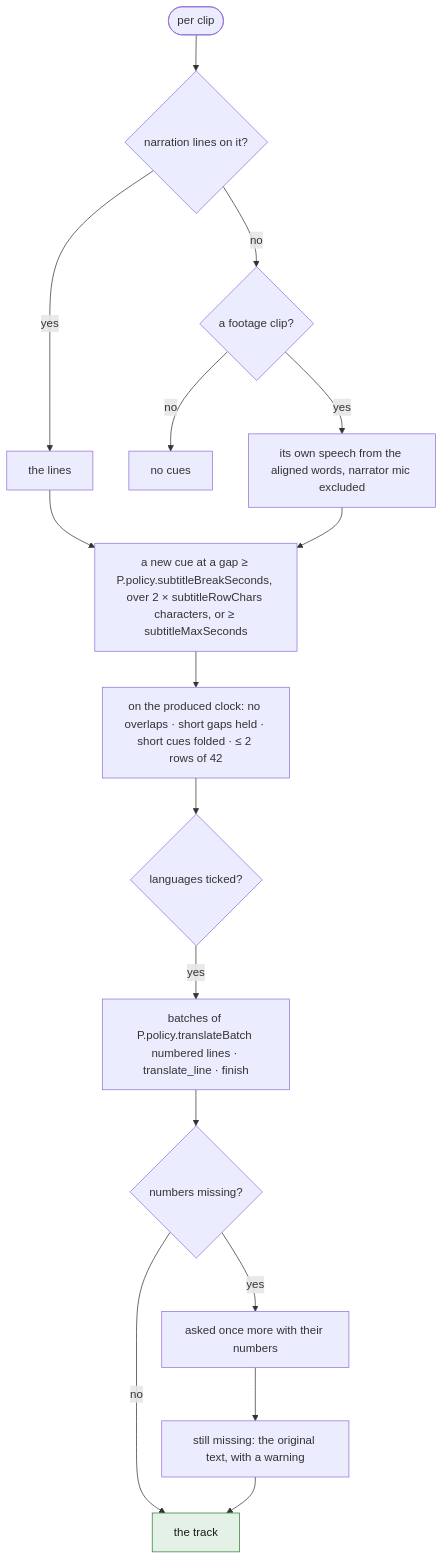
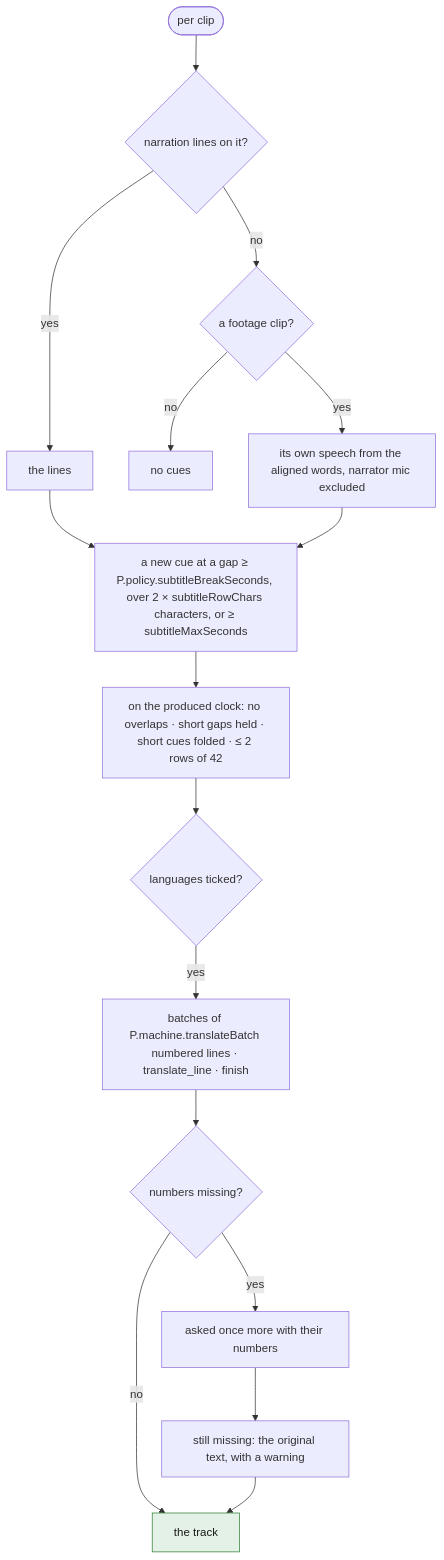
One commit to tbocek/naivepost changed the fourth of 6 diagrams in spec/08-produce.md. Above: the diagram before and after it, drawn with Mermaid. The commit also changed other lines of this file and 16 other files, not shown here.

````diff
--- a/spec/08-produce.md
+++ b/spec/08-produce.md
@@ -98,21 +98,21 @@
 ```mermaid
 flowchart TD
   A(["per clip"]) --> N{"narration lines on it?"}
   N -- yes --> NL["the lines"]
   N -- no --> F{"a footage clip?"}
   F -- no --> NONE["no cues"]
   F -- yes --> SW["its own speech from the aligned words, narrator mic excluded"]
   NL --> CUE
   SW --> CUE["a new cue at a gap ≥ P.policy.subtitleBreakSeconds, over 2 × subtitleRowChars characters, or ≥ subtitleMaxSeconds"]
   CUE --> CLK["on the produced clock: no overlaps · short gaps held · short cues folded · ≤ 2 rows of 42"]
   CLK --> TR{"languages ticked?"}
-  TR -- yes --> T["batches of P.policy.translateBatch numbered lines · translate_line · finish"]
+  TR -- yes --> T["batches of P.machine.translateBatch numbered lines · translate_line · finish"]
   T --> MISS{"numbers missing?"}
   MISS -- yes --> AGAIN["asked once more with their numbers"]
   AGAIN --> LEFT["still missing: the original text, with a warning"]
   MISS -- no --> DONE["the track"]:::done
   LEFT --> DONE
   classDef refuse fill:#fde2e1,stroke:#c01c28,color:#1a1a1a
   classDef done fill:#e3f1e6,stroke:#2e7d32,color:#1a1a1a
   classDef ask fill:#e8eefc,stroke:#3a63c8,color:#1a1a1a
 ```
````
